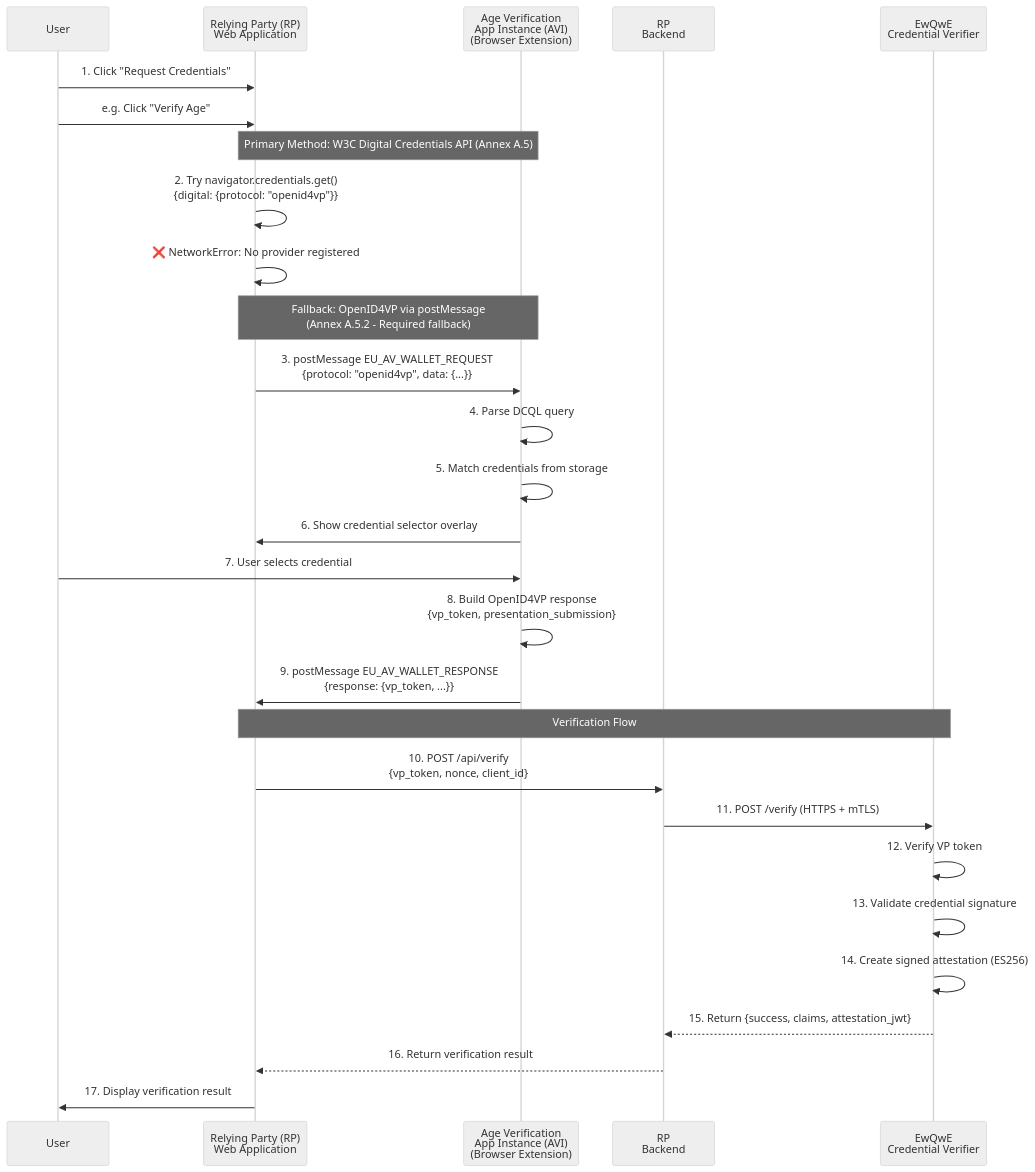
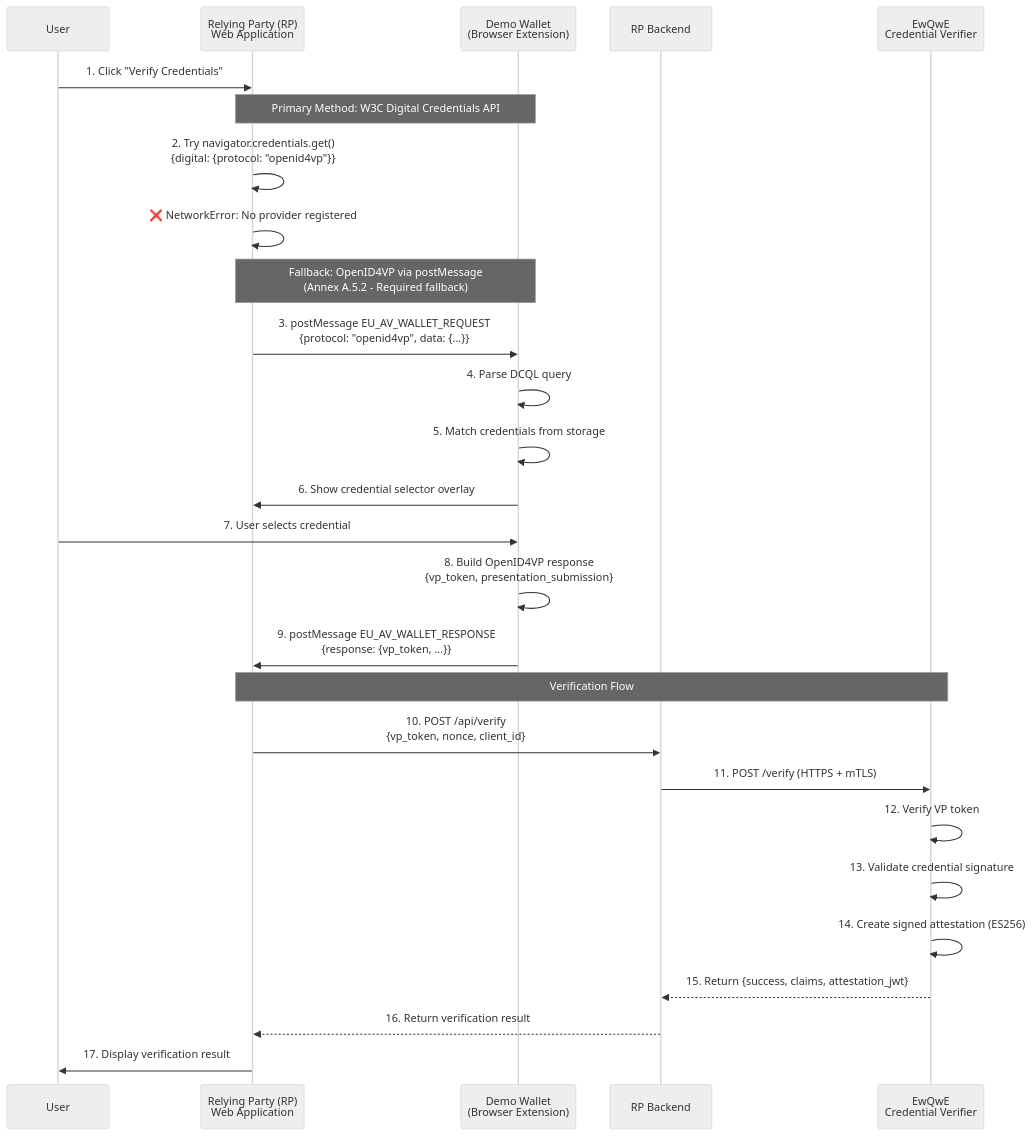
One commit to rd-ewqwe/ewqwe-identity changed the third of 3 diagrams in documentation/src/user-journey.md. Above: the diagram before and after it, drawn with Mermaid (neutral theme). The commit also changed other lines of this file and 5 other files, not shown here.

````diff
--- a/documentation/src/user-journey.md
+++ b/documentation/src/user-journey.md
@@ -19,34 +160,33 @@
 ```mermaid
 sequenceDiagram
     participant User
     participant WebappUI as Relying Party (RP)<br/>Web Application
-    participant Wallet as Age Verification<br/>App Instance (AVI)<br/>(Browser Extension)
-    participant Backend as RP<br/>Backend
+    participant Wallet as Demo Wallet<br/>(Browser Extension)
+    participant Backend as RP Backend
     participant Verifier as EwQwE<br/>Credential Verifier
 
-    User->>WebappUI: 1. Click "Request Credentials"
-    User->>WebappUI: e.g. Click "Verify Age"
+    User->>WebappUI: 1. Click "Verify Credentials"
     
-    Note over WebappUI,Wallet: Primary Method: W3C Digital Credentials API (Annex A.5)
+    Note over WebappUI,Wallet: Primary Method: W3C Digital Credentials API
     WebappUI->>WebappUI: 2. Try navigator.credentials.get()<br/>{digital: {protocol: "openid4vp"}}
     WebappUI->>WebappUI: ❌ NetworkError: No provider registered
     
     Note over WebappUI,Wallet: Fallback: OpenID4VP via postMessage<br/>(Annex A.5.2 - Required fallback)
     WebappUI->>Wallet: 3. postMessage EU_AV_WALLET_REQUEST<br/>{protocol: "openid4vp", data: {...}}
     Wallet->>Wallet: 4. Parse DCQL query
     Wallet->>Wallet: 5. Match credentials from storage
     Wallet->>WebappUI: 6. Show credential selector overlay
     User->>Wallet: 7. User selects credential
     Wallet->>Wallet: 8. Build OpenID4VP response<br/>{vp_token, presentation_submission}
     Wallet->>WebappUI: 9. postMessage EU_AV_WALLET_RESPONSE<br/>{response: {vp_token, ...}}
     
     Note over WebappUI,Verifier: Verification Flow
     WebappUI->>Backend: 10. POST /api/verify<br/>{vp_token, nonce, client_id}
     Backend->>Verifier: 11. POST /verify (HTTPS + mTLS)
     Verifier->>Verifier: 12. Verify VP token
     Verifier->>Verifier: 13. Validate credential signature
     Verifier->>Verifier: 14. Create signed attestation (ES256)
     Verifier-->>Backend: 15. Return {success, claims, attestation_jwt}
     Backend-->>WebappUI: 16. Return verification result
     WebappUI->>User: 17. Display verification result
 ```
````
